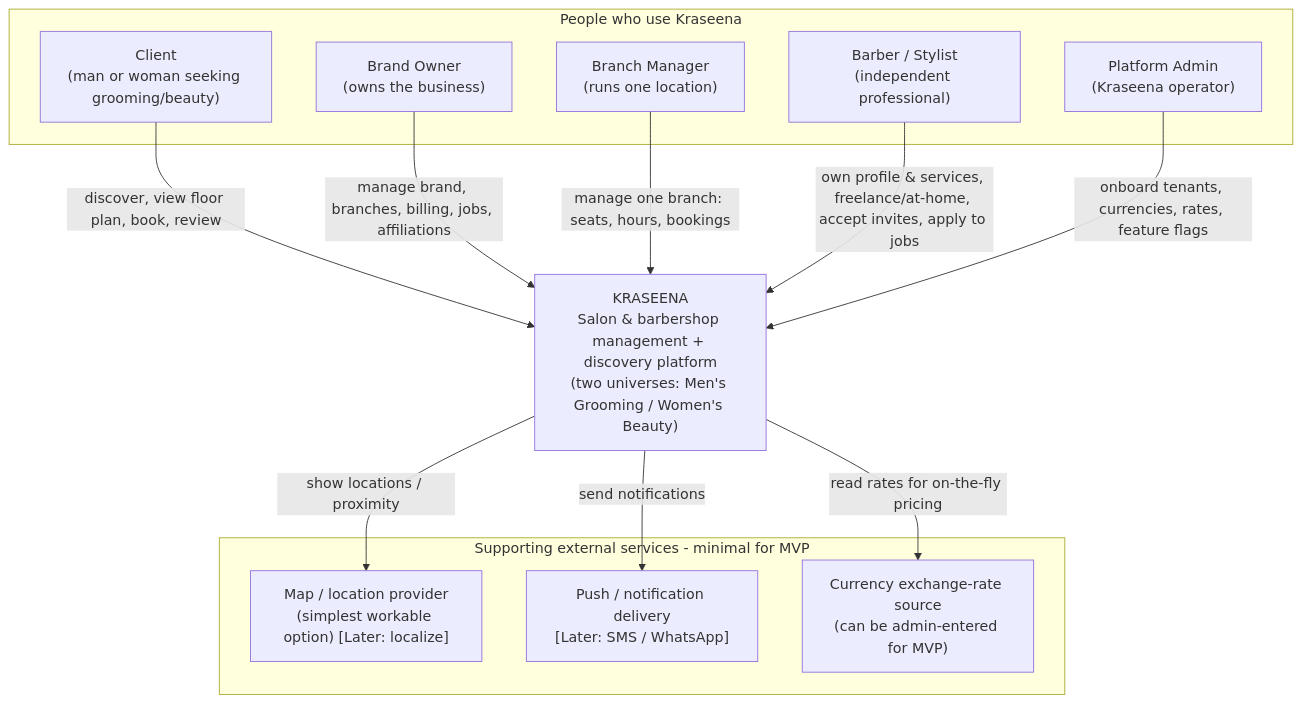
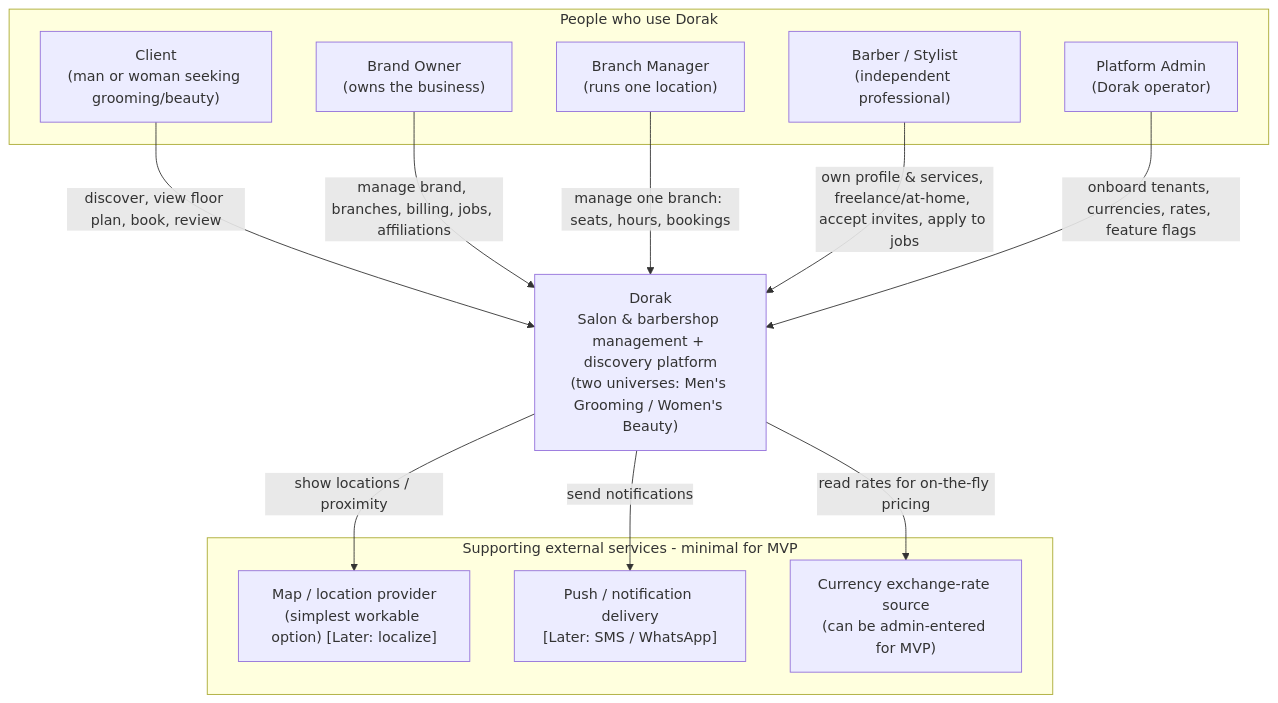
Before and after one commit to abdullah-al-habbal/dorak-backend: the diagram in docs/09_c4-context.md, drawn with Mermaid. The commit also changed other lines of this file and 6 other files, not shown here.

Commit message:
fix: update product name from Kraseena to Dorak across documentation

````diff
--- a/docs/09_c4-context.md
+++ b/docs/09_c4-context.md
@@ -11,28 +11,28 @@
 ```mermaid
 flowchart TB
-    subgraph PEOPLE[People who use Kraseena]
+    subgraph PEOPLE[People who use Dorak]
         CL["Client<br/>(man or woman seeking grooming/beauty)"]
         OW["Brand Owner<br/>(owns the business)"]
         MG["Branch Manager<br/>(runs one location)"]
         BB["Barber / Stylist<br/>(independent professional)"]
-        AD["Platform Admin<br/>(Kraseena operator)"]
+        AD["Platform Admin<br/>(Dorak operator)"]
     end
 
-    SYS["KRASEENA<br/>Salon & barbershop management + discovery platform<br/>(two universes: Men's Grooming / Women's Beauty)"]
+    SYS["Dorak<br/>Salon & barbershop management + discovery platform<br/>(two universes: Men's Grooming / Women's Beauty)"]
 
     subgraph EXT[Supporting external services - minimal for MVP]
         MAP["Map / location provider<br/>(simplest workable option) [Later: localize]"]
         PUSH["Push / notification delivery<br/>[Later: SMS / WhatsApp]"]
         FX["Currency exchange-rate source<br/>(can be admin-entered for MVP)"]
     end
 
     CL -->|"discover, view floor plan, book, review"| SYS
     OW -->|"manage brand, branches, billing, jobs, affiliations"| SYS
     MG -->|"manage one branch: seats, hours, bookings"| SYS
     BB -->|"own profile & services, freelance/at-home, accept invites, apply to jobs"| SYS
     AD -->|"onboard tenants, currencies, rates, feature flags"| SYS
 
     SYS -->|"show locations / proximity"| MAP
     SYS -->|"send notifications"| PUSH
     SYS -->|"read rates for on-the-fly pricing"| FX
 ```
````
